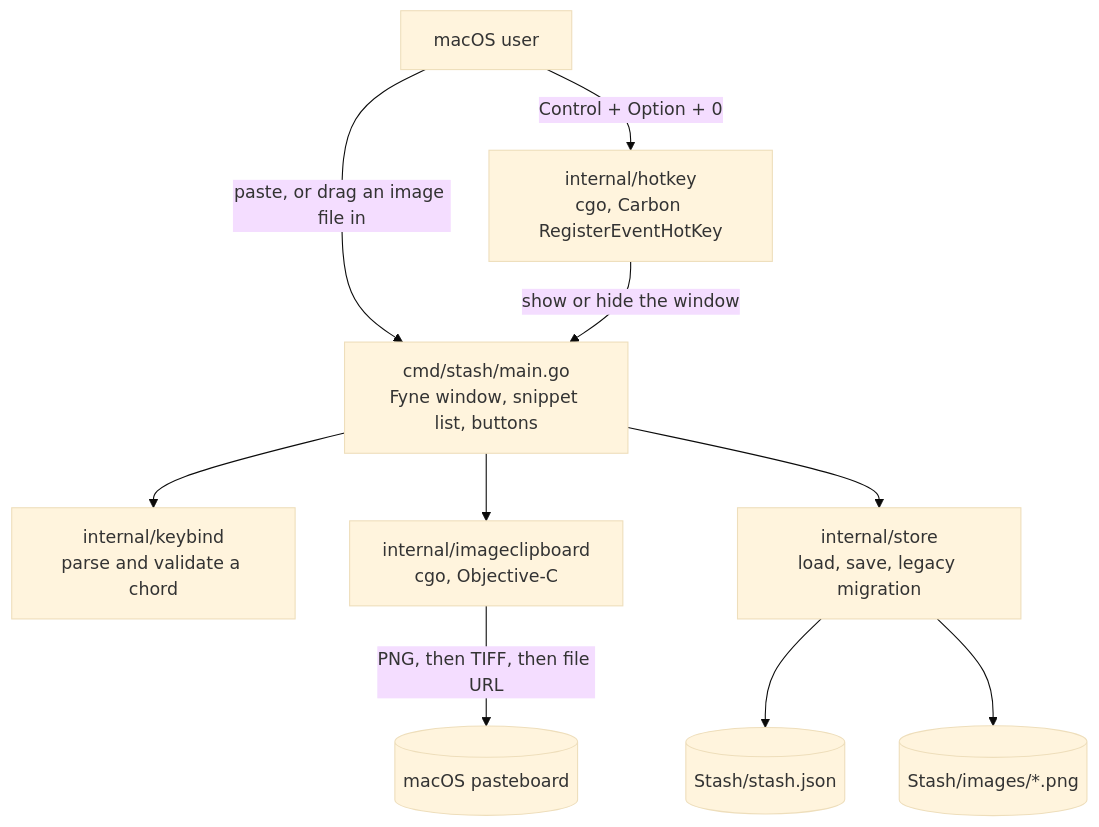
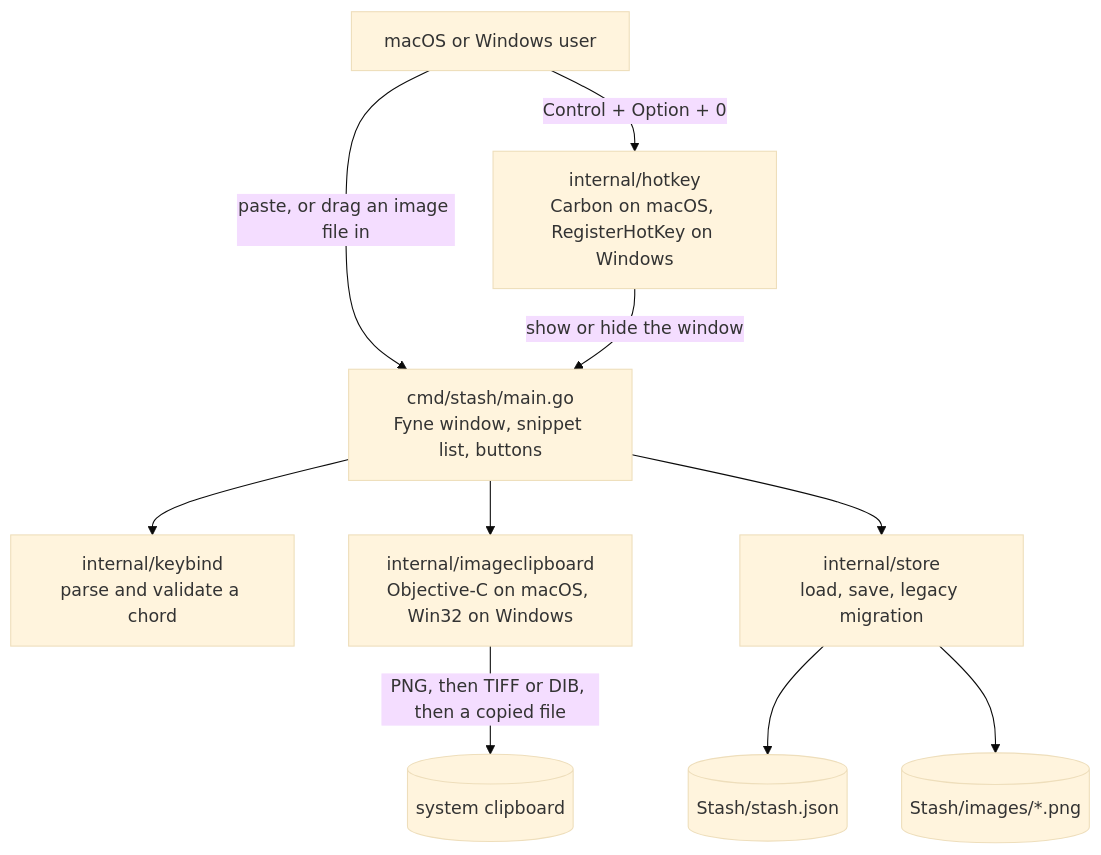
Before and after one commit to JustinK33/Stash: the diagram in README.md, drawn with Mermaid (base theme). The commit also changed other lines of this file and 17 other files, not shown here.

````diff
--- a/README.md
+++ b/README.md
@@ -34,12 +34,12 @@
 ```mermaid
 flowchart TD
-    user["macOS user"] -->|"paste, or drag an image file in"| ui["cmd/stash/main.go<br/>Fyne window, snippet list, buttons"]
-    user -->|"Control + Option + 0"| hk["internal/hotkey<br/>cgo, Carbon RegisterEventHotKey"]
+    user["macOS or Windows user"] -->|"paste, or drag an image file in"| ui["cmd/stash/main.go<br/>Fyne window, snippet list, buttons"]
+    user -->|"Control + Option + 0"| hk["internal/hotkey<br/>Carbon on macOS, RegisterHotKey on Windows"]
     hk -->|"show or hide the window"| ui
     ui --> kb["internal/keybind<br/>parse and validate a chord"]
-    ui --> clip["internal/imageclipboard<br/>cgo, Objective-C"]
-    clip -->|"PNG, then TIFF, then file URL"| pb[("macOS pasteboard")]
+    ui --> clip["internal/imageclipboard<br/>Objective-C on macOS, Win32 on Windows"]
+    clip -->|"PNG, then TIFF or DIB, then a copied file"| pb[("system clipboard")]
     ui --> store["internal/store<br/>load, save, legacy migration"]
     store --> json[("Stash/stash.json")]
     store --> imgs[("Stash/images/*.png")]
 ```
````
